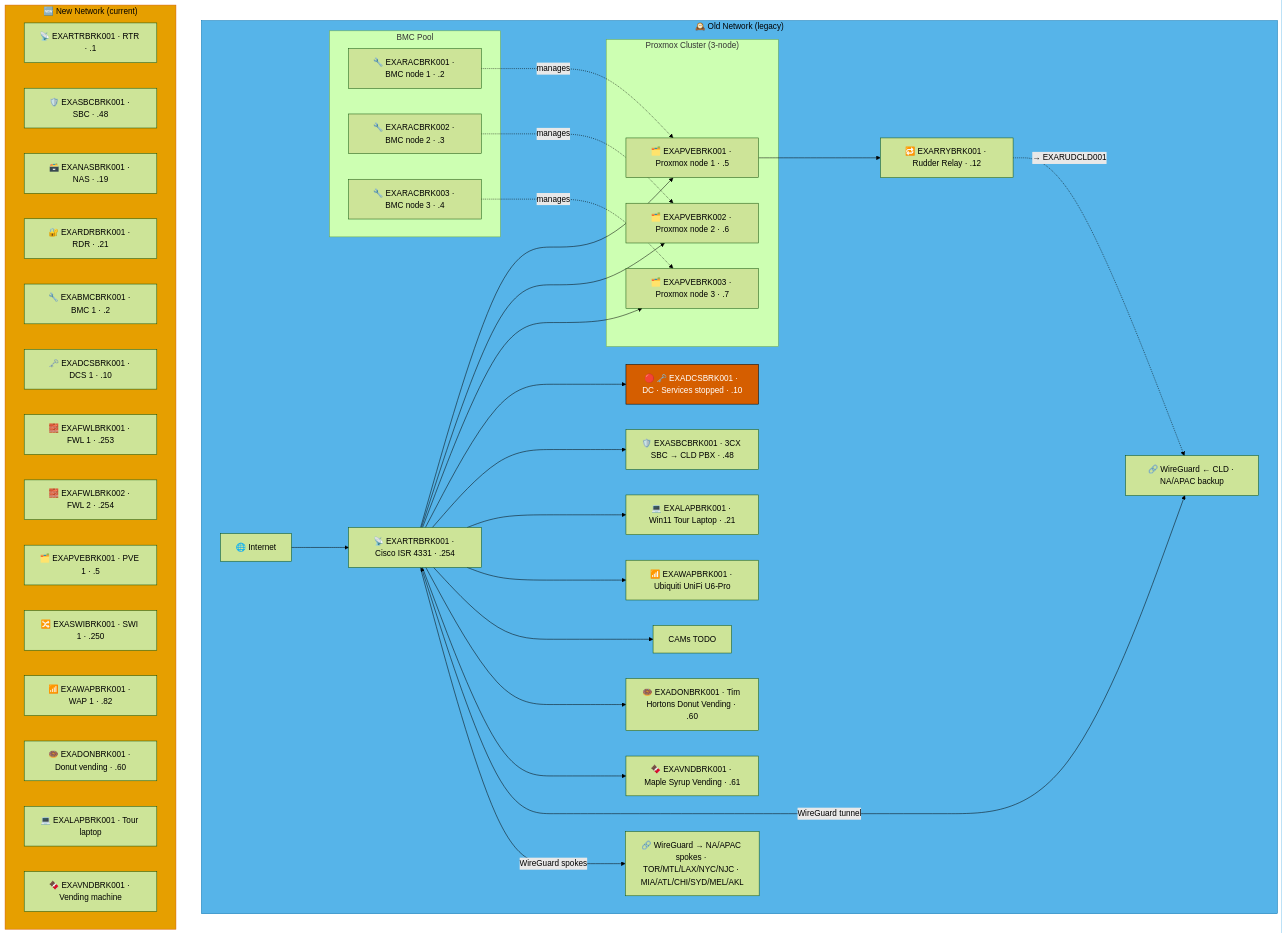
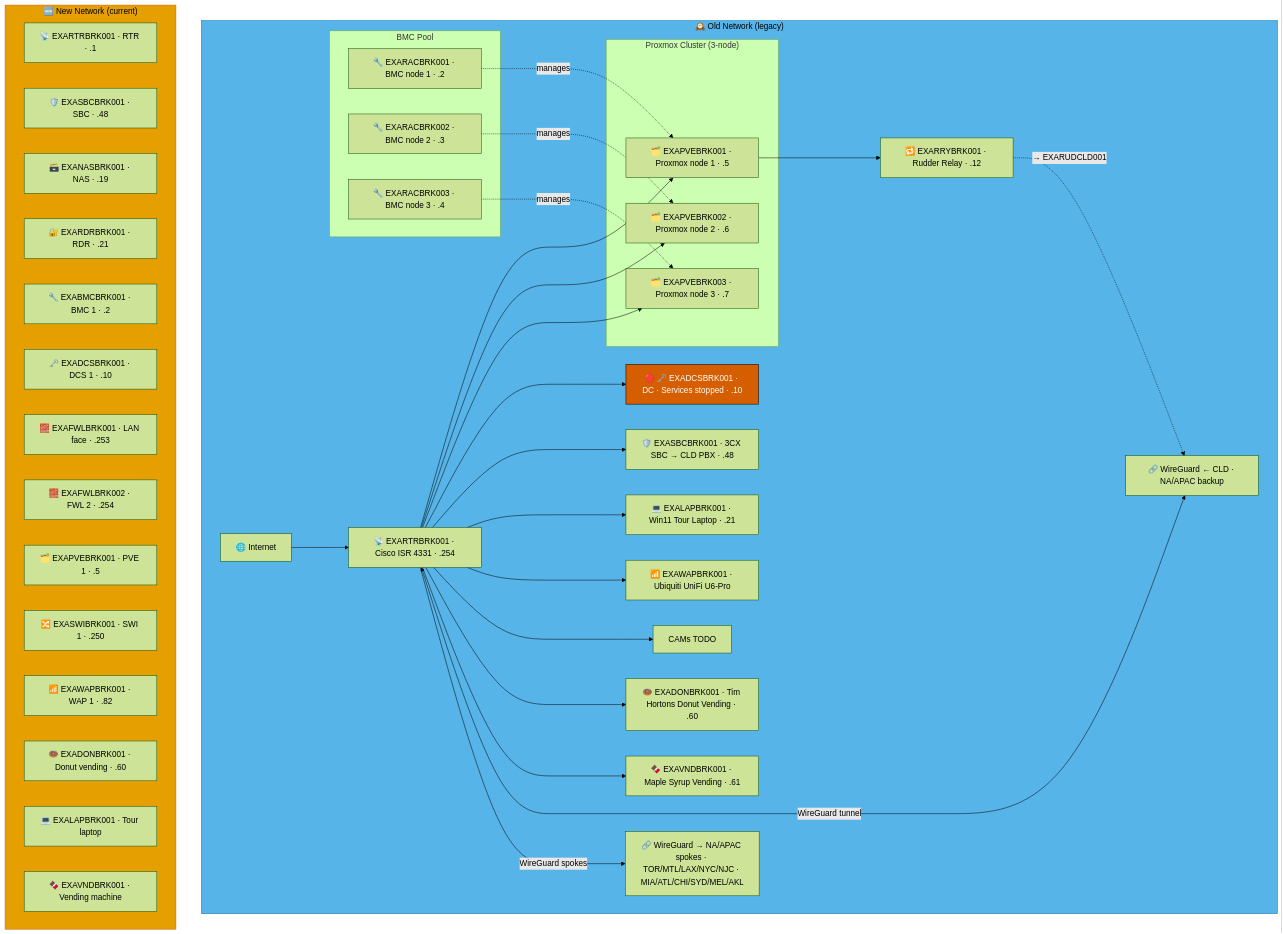
Before and after one commit to knightmare2600/example_music_infra: the first of 3 diagrams in docs/network-diagram/canada.md, drawn with Mermaid (forest theme). The commit also changed other lines of this file and 17 other files, not shown here.

````diff
--- a/docs/network-diagram/canada.md
+++ b/docs/network-diagram/canada.md
@@ -17,65 +17,65 @@
 ```mermaid
 graph TD
     subgraph OLD_BRK ["🕰️ Old Network (legacy)"]
       INET["🌐 Internet"]
       RTR["📡 EXARTRBRK001 · Cisco ISR 4331 · .254"]
 
       subgraph BMC ["BMC Pool"]
           RAC1["🔧 EXARACBRK001 · BMC node 1 · .2"]
           RAC2["🔧 EXARACBRK002 · BMC node 2 · .3"]
           RAC3["🔧 EXARACBRK003 · BMC node 3 · .4"]
       end
 
       subgraph PVE ["Proxmox Cluster (3-node)"]
           PVE1["🗂️ EXAPVEBRK001 · Proxmox node 1 · .5"]
           PVE2["🗂️ EXAPVEBRK002 · Proxmox node 2 · .6"]
           PVE3["🗂️ EXAPVEBRK003 · Proxmox node 3 · .7"]
       end
 
       DC["🔴 🗝️ EXADCSBRK001 · DC · Services stopped · .10"]
       SBC["🛡️ EXASBCBRK001 · 3CX SBC → CLD PBX · .48"]
       RRY["🔁 EXARRYBRK001 · Rudder Relay · .12"]
       LAP["💻 EXALAPBRK001 · Win11 Tour Laptop · .21"]
       WAP["📶 EXAWAPBRK001 · Ubiquiti UniFi U6-Pro"]
       CAM["CAMs TODO"]
       VND1["🍩 EXADONBRK001 · Tim Hortons Donut Vending · .60"]
       VND2["🍫 EXAVNDBRK001 · Maple Syrup Vending · .61"]
       VPN_CLD["🔗 WireGuard ← CLD · NA/APAC backup"]
       VPN_NA["🔗 WireGuard → NA/APAC spokes · TOR/MTL/LAX/NYC/NJC · MIA/ATL/CHI/SYD/MEL/AKL"]
 
       INET --> RTR
       RTR --> PVE1 & PVE2 & PVE3
       RTR --> DC & SBC
       RAC1 -.->|"manages"| PVE1
       RAC2 -.->|"manages"| PVE2
       RAC3 -.->|"manages"| PVE3
       RTR --> LAP & WAP & CAM & VND1 & VND2
       RTR <-->|"WireGuard tunnel"| VPN_CLD
       RTR -->|"WireGuard spokes"| VPN_NA
 
       PVE1 --> RRY
       RRY -. "→ EXARUDCLD001" .-> VPN_CLD
     end
     style OLD_BRK fill:#56B4E9,stroke:#0072B2,color:#000000
     %% GENERATED:NEW-NETWORK:BRK:START
     subgraph NEW_BRK ["🆕 New Network (current)"]
       N_RTR["📡 EXARTRBRK001 · RTR · .1"]
       N_SBC["🛡️ EXASBCBRK001 · SBC · .48"]
       N_NAS["🗃️ EXANASBRK001 · NAS · .19"]
       N_RDR["🔐 EXARDRBRK001 · RDR · .21"]
       N_BMC["🔧 EXABMCBRK001 · BMC 1 · .2"]
       N_DCS["🗝️ EXADCSBRK001 · DCS 1 · .10"]
-      N_FWL["🧱 EXAFWLBRK001 · FWL 1 · .253"]
+      N_FWL["🧱 EXAFWLBRK001 · LAN face · .253"]
       N_FWL2["🧱 EXAFWLBRK002 · FWL 2 · .254"]
       N_PVE["🗂️ EXAPVEBRK001 · PVE 1 · .5"]
       N_SWI["🔀 EXASWIBRK001 · SWI 1 · .250"]
       N_WAP["📶 EXAWAPBRK001 · WAP 1 · .82"]
       N_DON["🍩 EXADONBRK001 · Donut vending · .60"]
       N_LAP["💻 EXALAPBRK001 · Tour laptop"]
       N_VND["🍫 EXAVNDBRK001 · Vending machine"]
     end
     style NEW_BRK fill:#E69F00,stroke:#D55E00,color:#000000
     %% GENERATED:NEW-NETWORK:BRK:END
     classDef warn fill:#D55E00,stroke:#000000,color:#ffffff
     class DC warn
 ```
````
